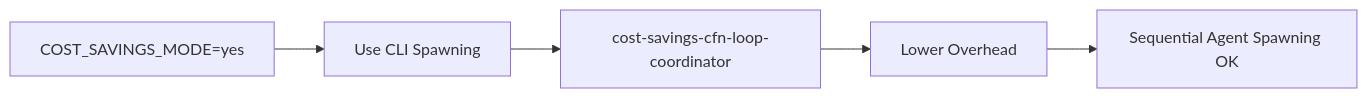
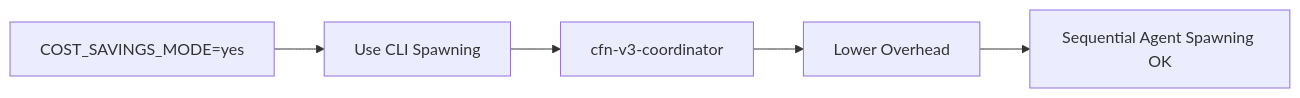
Before and after one commit to masharratt/claude-flow-novice: the third of 4 diagrams in readme/cfn-loop-flow-diagram.md, drawn with Mermaid. The commit also changed 84 other files, not shown here.

````diff
--- a/readme/cfn-loop-flow-diagram.md
+++ b/readme/cfn-loop-flow-diagram.md
@@ -73,7 +73,7 @@
 ```mermaid
 graph LR
     A[COST_SAVINGS_MODE=yes] --> B[Use CLI Spawning]
-    B --> C[cost-savings-cfn-loop-coordinator]
+    B --> C[cfn-v3-coordinator]
     C --> D[Lower Overhead]
     D --> E[Sequential Agent Spawning OK]
 ```
````
